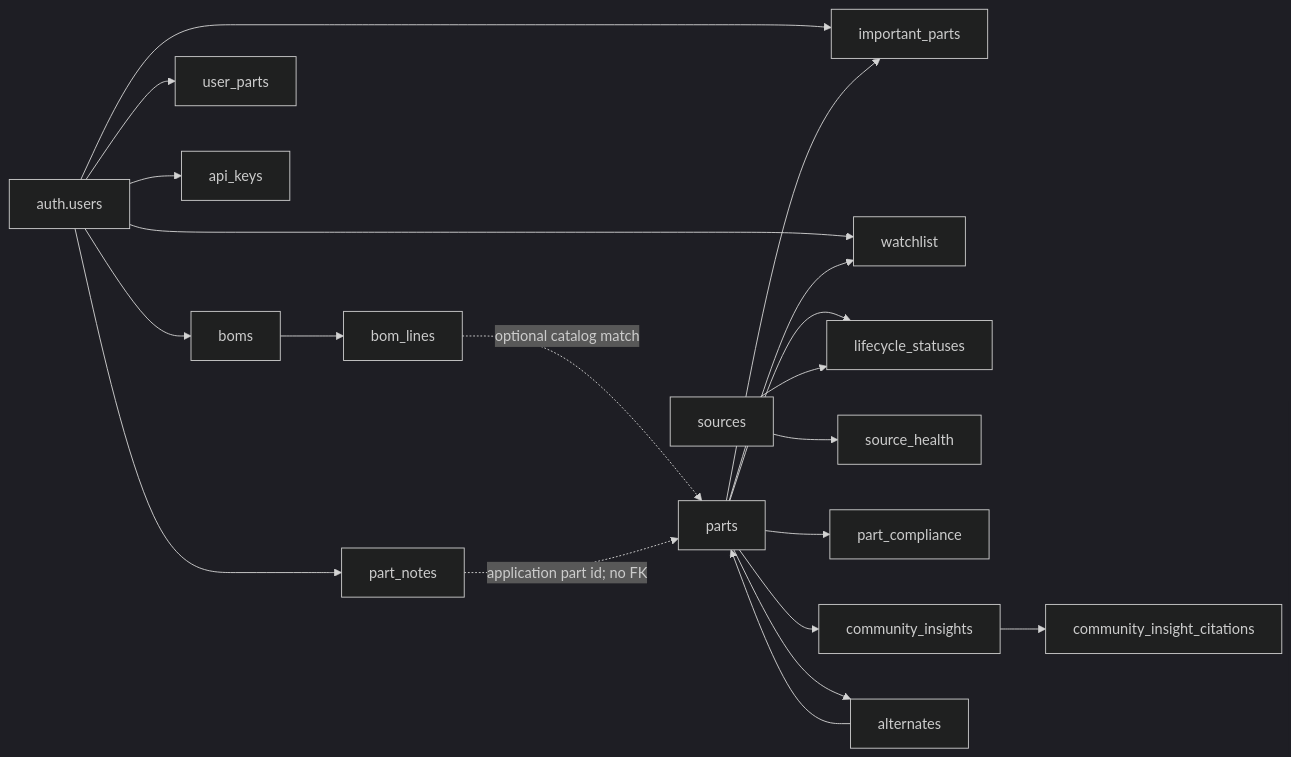
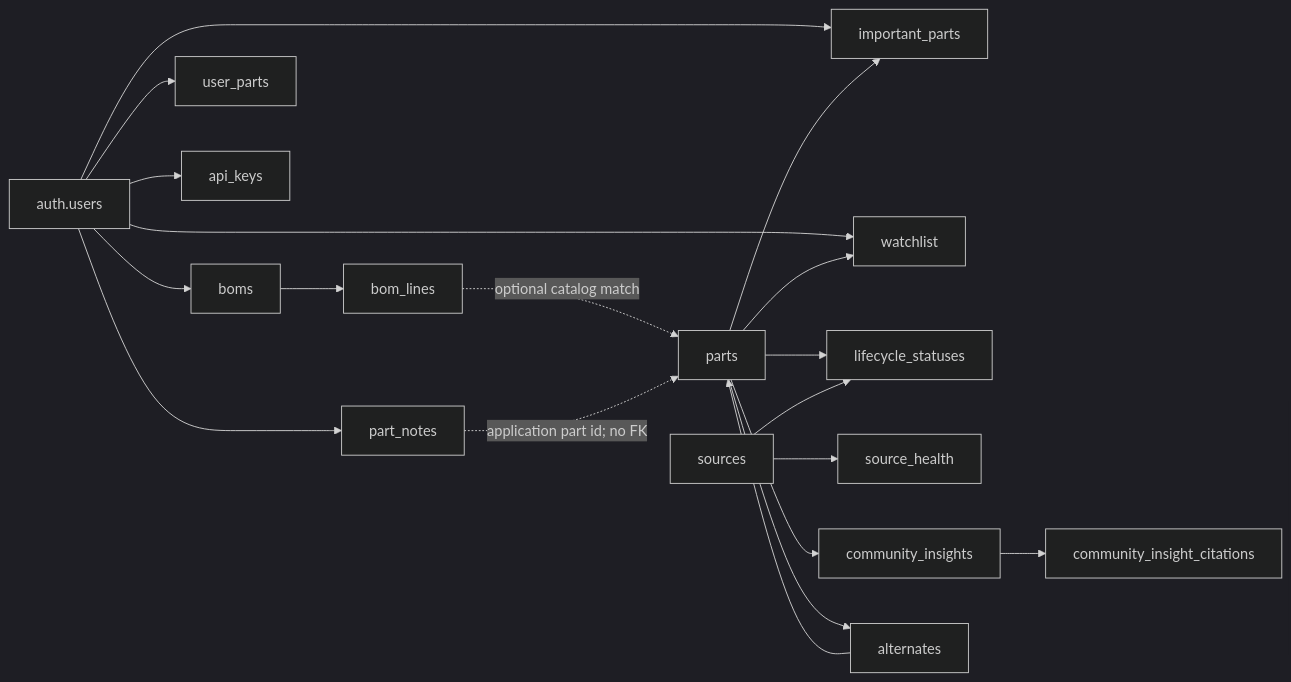
The diagram in docs/PostgreSQL.md (partpilot-in/partpilot), drawn with Mermaid (dark theme) before and after one commit. The commit also changed other lines of this file and 27 other files, not shown here.

````diff
--- a/docs/PostgreSQL.md
+++ b/docs/PostgreSQL.md
@@ -24,24 +24,23 @@
 ```mermaid
 flowchart LR
     users["auth.users"] --> boms
     users --> user_parts
     users --> important_parts
     users --> part_notes
     users --> watchlist
     users --> api_keys
 
     boms --> bom_lines
     bom_lines -. "optional catalog match" .-> parts
 
     parts --> lifecycle_statuses
     sources --> lifecycle_statuses
     sources --> source_health
-    parts --> part_compliance
     parts --> community_insights
     community_insights --> community_insight_citations
     parts --> alternates
     alternates --> parts
     parts --> important_parts
     parts --> watchlist
     part_notes -. "application part id; no FK" .-> parts
 ```
````
